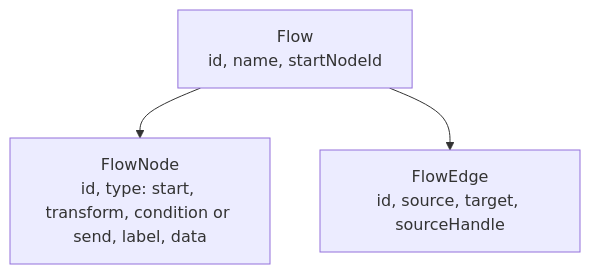
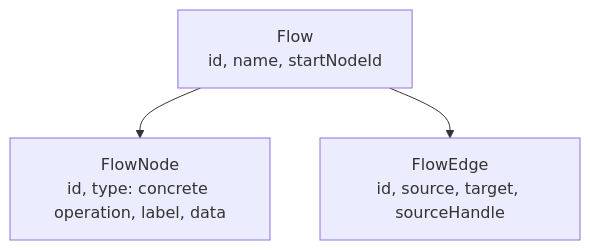
Before and after one commit to Jh123x/telegram-bot-on-browser: the second of 6 diagrams in docs/ARCHITECTURE.md, drawn with Mermaid. The commit also changed other lines of this file and 18 other files, not shown here.

````diff
--- a/docs/ARCHITECTURE.md
+++ b/docs/ARCHITECTURE.md
@@ -105,5 +105,5 @@
 ```mermaid
 flowchart TD
-  F[Flow<br/>id, name, startNodeId] --> FN[FlowNode<br/>id, type: start, transform, condition or send, label, data]
+  F[Flow<br/>id, name, startNodeId] --> FN[FlowNode<br/>id, type: concrete operation, label, data]
   F --> FE[FlowEdge<br/>id, source, target, sourceHandle]
 ```
````
